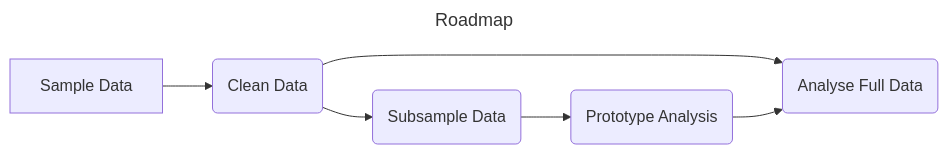
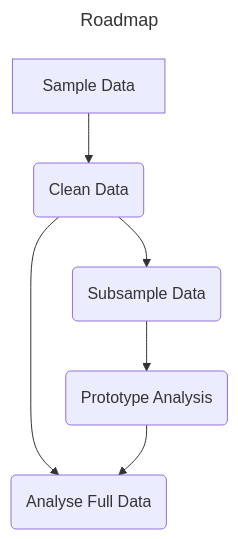
Before and after one commit to mahesh-panchal/quarto-confluence-project: the diagram in project-roadmap.qmd, drawn with Mermaid. The commit also changed other lines of this file, not shown here.

Commit message:
Add two-column and label to roadmap

````diff
--- a/project-roadmap.qmd
+++ b/project-roadmap.qmd
@@ -7,11 +9,13 @@
 ```{mermaid}
+%%| label: project-roadmap
+%%| echo: true
 ---
 title: Roadmap
 ---
-flowchart LR
+flowchart TD
     data[Sample Data] --> clean(Clean Data)
     clean --> subsample(Subsample Data)
     subsample --> prototype(Prototype Analysis)
     clean --> analyse(Analyse Full Data)
     prototype --> analyse
 ```
````
